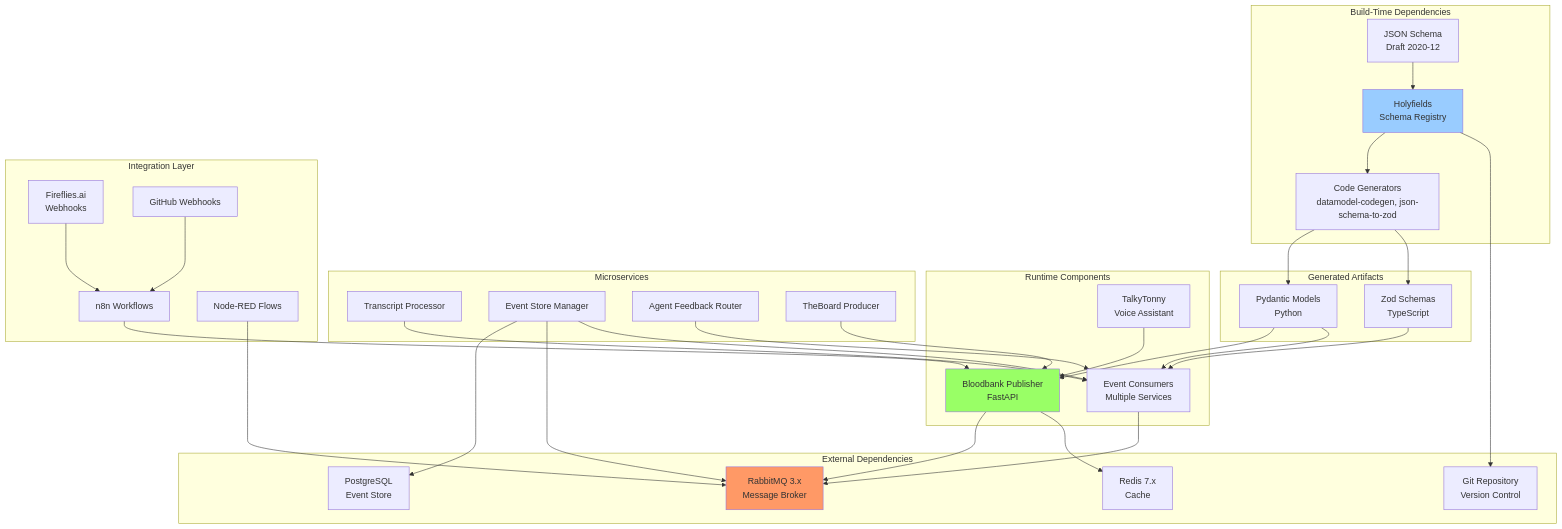
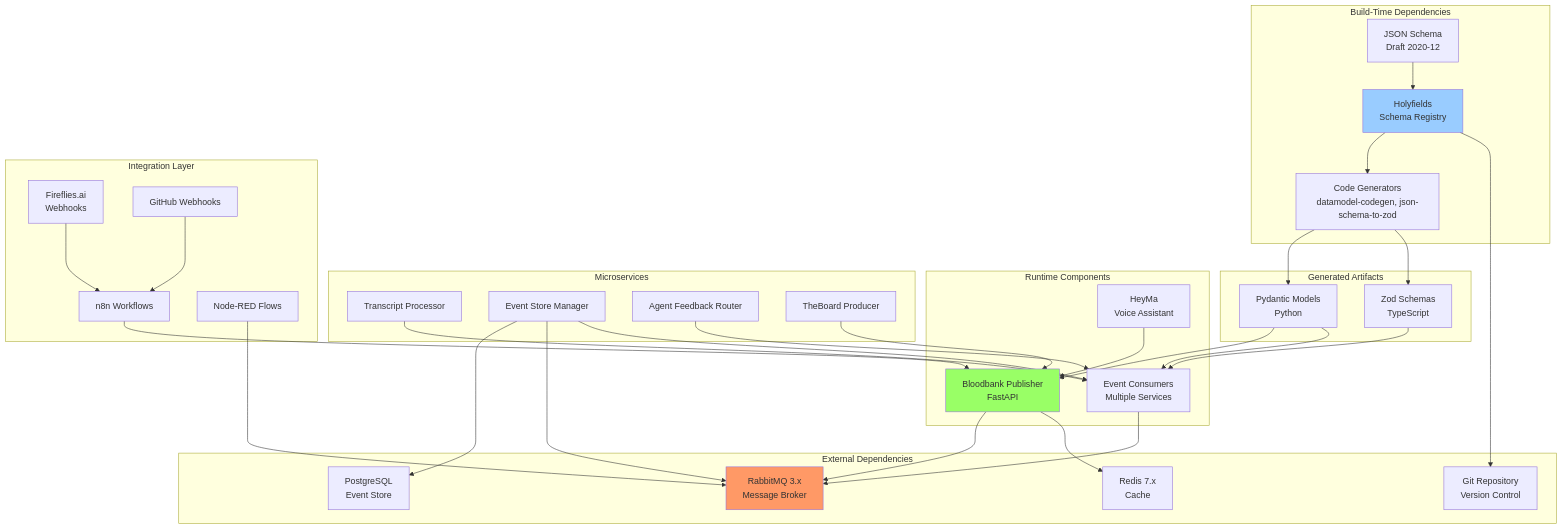
The first of 6 diagrams in docs/domains/event-infrastructure/dependencies.md (delorenj/33GOD), drawn with Mermaid before and after one commit. The commit also changed other lines of this file and 38 other files, not shown here.

Commit message:
refactor: Rename TalkyTonny submodule to HeyMa. Also updated all references

````diff
--- a/docs/domains/event-infrastructure/dependencies.md
+++ b/docs/domains/event-infrastructure/dependencies.md
@@ -11,75 +11,75 @@
 ```mermaid
 graph TB
     subgraph External["External Dependencies"]
         RabbitMQ[RabbitMQ 3.x<br/>Message Broker]
         Redis[Redis 7.x<br/>Cache]
         Postgres[PostgreSQL<br/>Event Store]
         Git[Git Repository<br/>Version Control]
     end
 
     subgraph BuildTime["Build-Time Dependencies"]
         Holyfields[Holyfields<br/>Schema Registry]
         JSONSchema[JSON Schema<br/>Draft 2020-12]
         CodeGen[Code Generators<br/>datamodel-codegen, json-schema-to-zod]
     end
 
     subgraph Runtime["Runtime Components"]
         Bloodbank[Bloodbank Publisher<br/>FastAPI]
         Consumers[Event Consumers<br/>Multiple Services]
-        TalkyTonny[TalkyTonny<br/>Voice Assistant]
+        HeyMa[HeyMa<br/>Voice Assistant]
     end
 
     subgraph Generated["Generated Artifacts"]
         PydanticModels[Pydantic Models<br/>Python]
         ZodSchemas[Zod Schemas<br/>TypeScript]
     end
 
     subgraph Services["Microservices"]
         TranscriptProc[Transcript Processor]
         EventStore[Event Store Manager]
         AgentFeedback[Agent Feedback Router]
         TheBoard[TheBoard Producer]
     end
 
     subgraph Integration["Integration Layer"]
         N8N[n8n Workflows]
         NodeRED[Node-RED Flows]
         Fireflies[Fireflies.ai<br/>Webhooks]
         GitHub[GitHub Webhooks]
     end
 
     %% Build-time dependencies
     JSONSchema --> Holyfields
     Holyfields --> CodeGen
     CodeGen --> PydanticModels
     CodeGen --> ZodSchemas
     Holyfields --> Git
 
     %% Runtime dependencies
     PydanticModels --> Bloodbank
     PydanticModels --> Consumers
     ZodSchemas --> Consumers
 
     Bloodbank --> RabbitMQ
     Bloodbank --> Redis
     Consumers --> RabbitMQ
     EventStore --> Postgres
     EventStore --> RabbitMQ
 
     %% Service dependencies
     TranscriptProc --> Consumers
     EventStore --> Consumers
     AgentFeedback --> Consumers
     TheBoard --> Bloodbank
-    TalkyTonny --> Bloodbank
+    HeyMa --> Bloodbank
 
     %% Integration dependencies
     Fireflies --> N8N
     GitHub --> N8N
     N8N --> Bloodbank
     NodeRED --> RabbitMQ
 
     style Holyfields fill:#9cf
     style RabbitMQ fill:#f96
     style Bloodbank fill:#9f6
 ```
````
